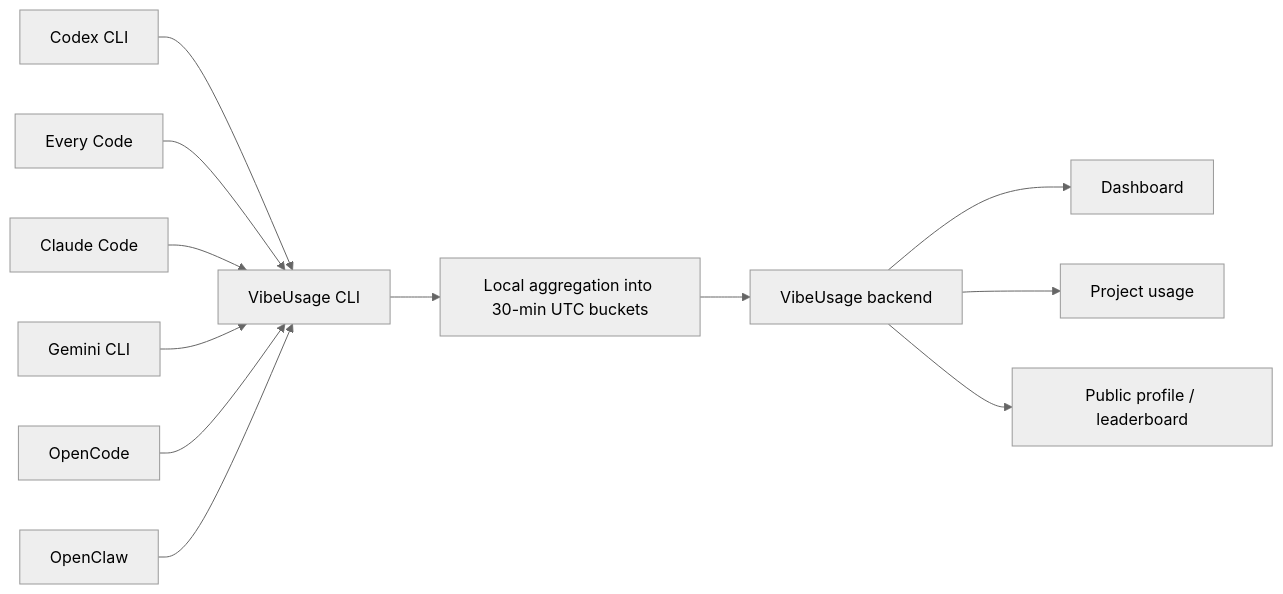
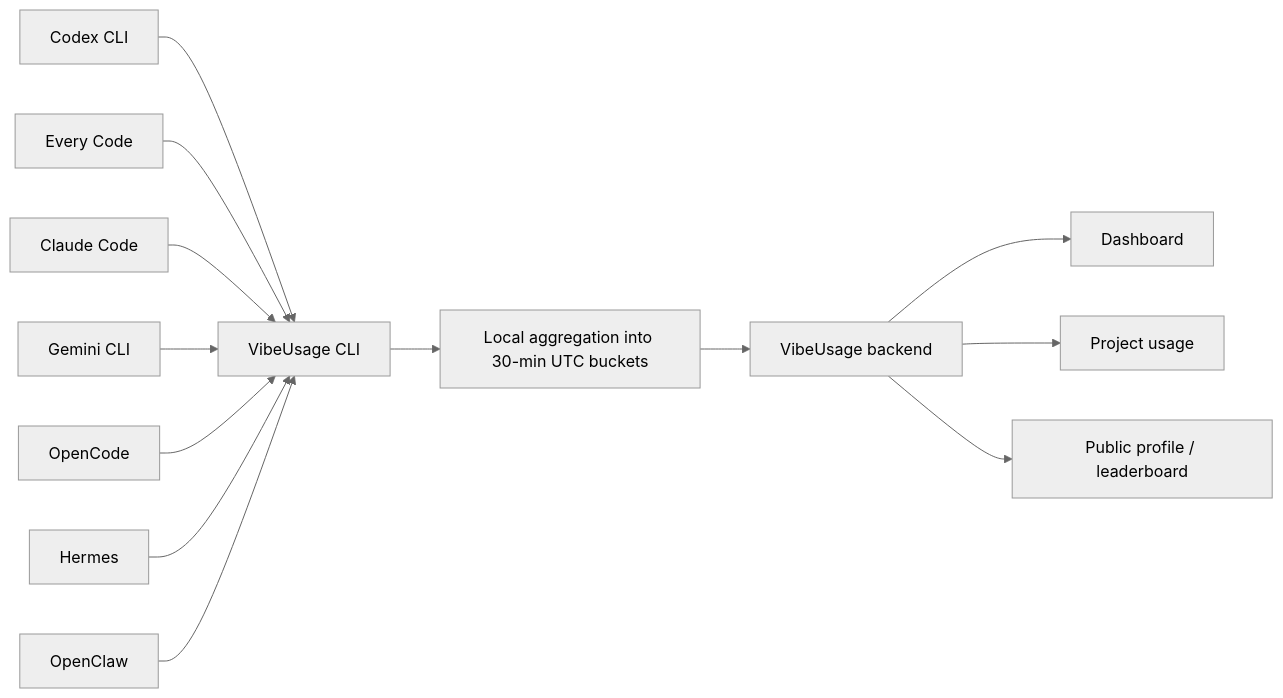
The diagram in README.md (Acacia-Ma/vibeusage), drawn with Mermaid (neutral theme) before and after one commit. The commit also changed other lines of this file and 22 other files, not shown here.

````diff
--- a/README.md
+++ b/README.md
@@ -136,14 +147,15 @@
 ```mermaid
 graph LR
     A[Codex CLI] --> G[VibeUsage CLI]
     B[Every Code] --> G
     C[Claude Code] --> G
     D[Gemini CLI] --> G
     E[OpenCode] --> G
-    F[OpenClaw] --> G
-    G --> H[Local aggregation into 30-min UTC buckets]
-    H --> I[VibeUsage backend]
-    I --> J[Dashboard]
-    I --> K[Project usage]
-    I --> L[Public profile / leaderboard]
+    F[Hermes] --> G
+    H[OpenClaw] --> G
+    G --> I[Local aggregation into 30-min UTC buckets]
+    I --> J[VibeUsage backend]
+    J --> K[Dashboard]
+    J --> L[Project usage]
+    J --> M[Public profile / leaderboard]
 ```
````
